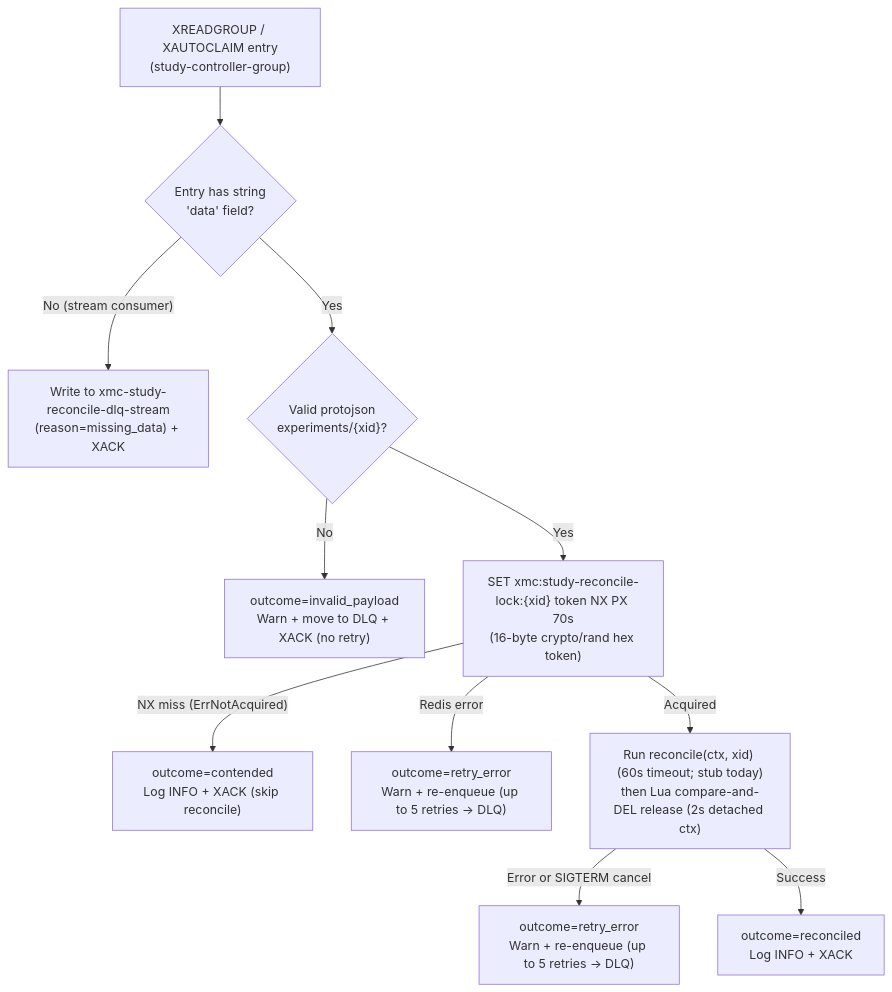
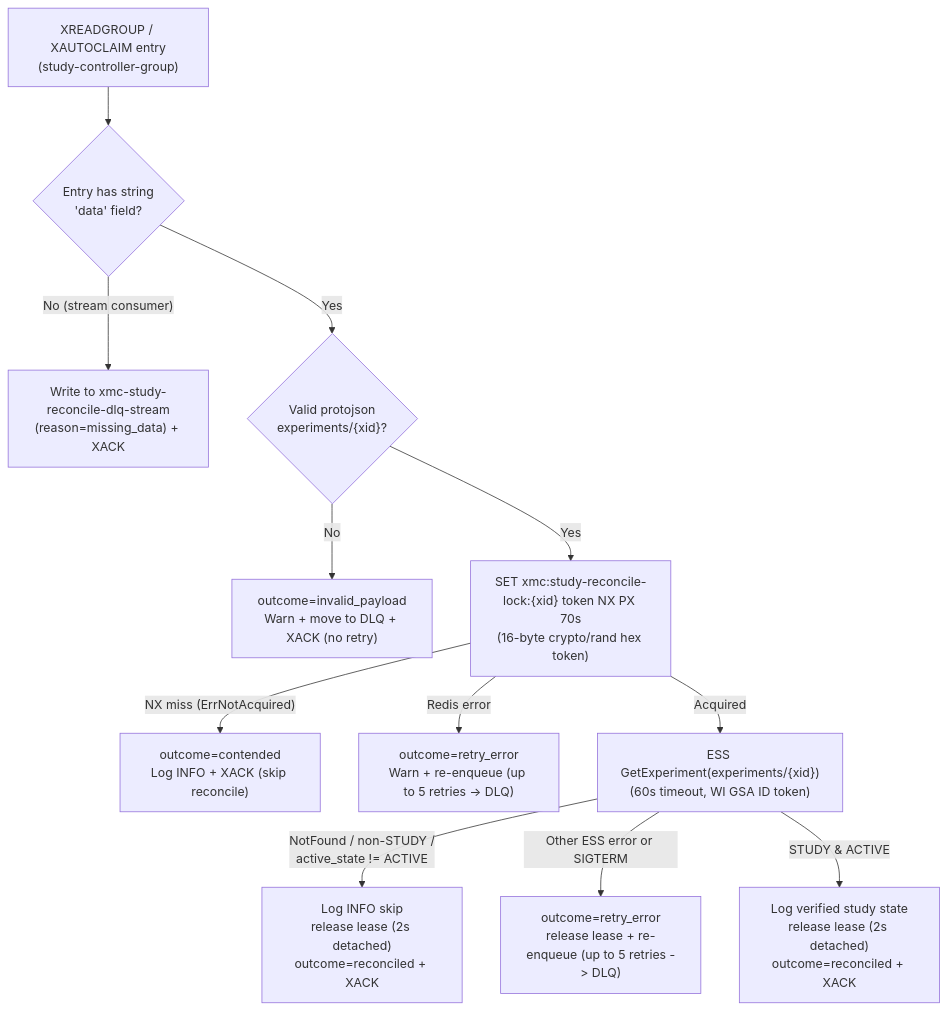
One commit to 0xABCD01/xmc changed the second of 2 diagrams in docs/flows/study_lifecycle.md. Above: the diagram before and after it, drawn with Mermaid. The commit also changed other lines of this file and 18 other files, not shown here.

First line of the commit message:
feat(hpo): add study-controller ESS client, reconcile gate, and deployment wiring

````diff
--- a/docs/flows/study_lifecycle.md
+++ b/docs/flows/study_lifecycle.md
@@ -94,13 +96,14 @@
 ```mermaid
 flowchart TD
     Msg["XREADGROUP / XAUTOCLAIM entry<br/>(study-controller-group)"] --> HasData{"Entry has string<br/>'data' field?"}
     HasData -->|"No (stream consumer)"| MissingDLQ["Write to xmc-study-reconcile-dlq-stream<br/>(reason=missing_data) + XACK"]
     HasData -->|"Yes"| Parse{"Valid protojson<br/>experiments/{xid}?"}
     Parse -->|"No"| Inv["outcome=invalid_payload<br/>Warn + move to DLQ + XACK (no retry)"]
     Parse -->|"Yes"| Acq["SET xmc:study-reconcile-lock:{xid} token NX PX 70s<br/>(16-byte crypto/rand hex token)"]
     Acq -->|"NX miss (ErrNotAcquired)"| Cont["outcome=contended<br/>Log INFO + XACK (skip reconcile)"]
     Acq -->|"Redis error"| RetryAcq["outcome=retry_error<br/>Warn + re-enqueue (up to 5 retries -> DLQ)"]
-    Acq -->|"Acquired"| Run["Run reconcile(ctx, xid) (60s timeout; stub today)<br/>then Lua compare-and-DEL release (2s detached ctx)"]
-    Run -->|"Error or SIGTERM cancel"| RetryRun["outcome=retry_error<br/>Warn + re-enqueue (up to 5 retries -> DLQ)"]
-    Run -->|"Success"| Ok["outcome=reconciled<br/>Log INFO + XACK"]
+    Acq -->|"Acquired"| Read["ESS GetExperiment(experiments/{xid})<br/>(60s timeout, WI GSA ID token)"]
+    Read -->|"NotFound / non-STUDY /<br/>active_state != ACTIVE"| Skip["Log INFO skip<br/>release lease (2s detached)<br/>outcome=reconciled + XACK"]
+    Read -->|"Other ESS error or SIGTERM"| RetryRun["outcome=retry_error<br/>release lease + re-enqueue (up to 5 retries -> DLQ)"]
+    Read -->|"STUDY & ACTIVE"| Ok["Log verified study state<br/>release lease (2s detached)<br/>outcome=reconciled + XACK"]
 ```
````
